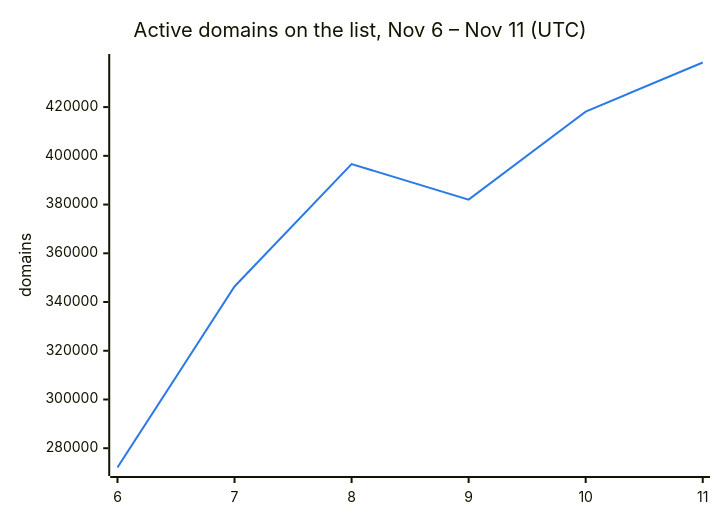
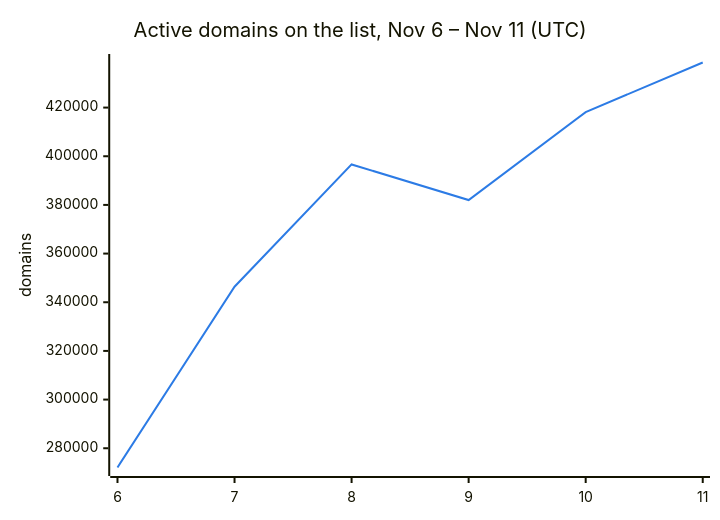
Before and after one commit to DNSBunker/CTI: the second of 3 diagrams in README.md, drawn with Mermaid. The commit also changed other lines of this file and 3 other files, not shown here.

````diff
--- a/README.md
+++ b/README.md
@@ -38,8 +38,8 @@
 ```mermaid
 %%{init: {"themeVariables": {"xyChart": {"plotColorPalette": "#2c7be5"}}}}%%
 xychart-beta
     title "Active domains on the list, Nov 6 – Nov 11 (UTC)"
     x-axis ["6", "7", "8", "9", "10", "11"]
     y-axis "domains"
-    line [272088, 346388, 396638, 382009, 418143, 438301]
+    line [272088, 346388, 396638, 382009, 418143, 438526]
 ```
````
